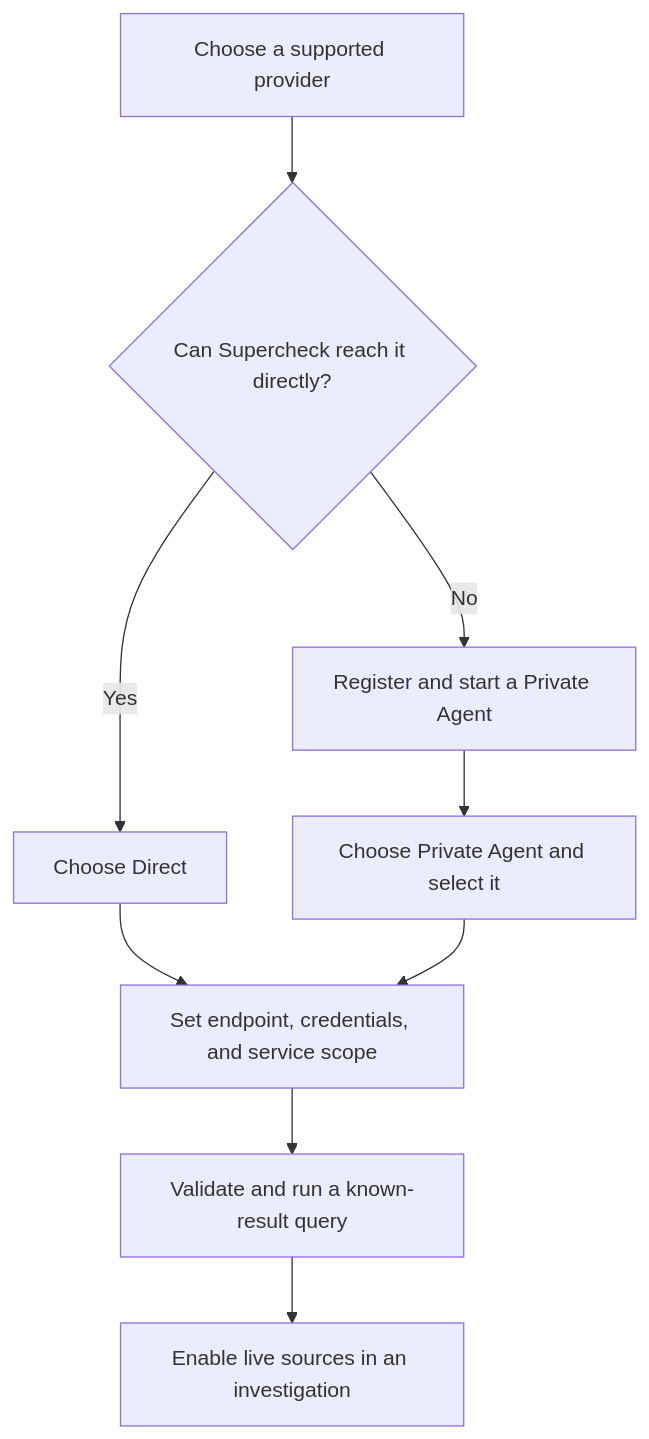
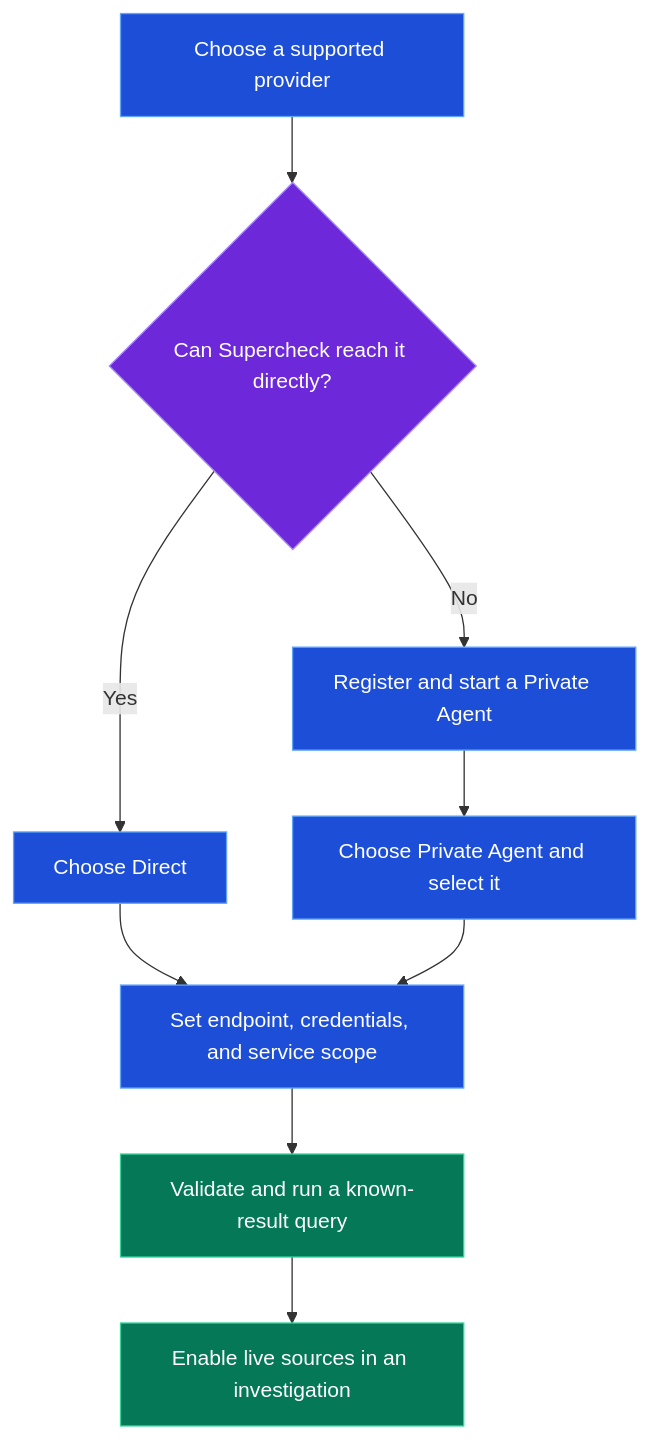
Before and after one commit to supercheck-io/supercheck: the diagram in docs/content/docs/app/investigate/connectors.mdx, drawn with Mermaid. The commit also changed 34 other files, not shown here.

Commit message:
docs: restore architecture and polish user workflows (#337)

````diff
--- a/docs/content/docs/app/investigate/connectors.mdx
+++ b/docs/content/docs/app/investigate/connectors.mdx
@@ -43,11 +43,18 @@
 ```mermaid
 flowchart TB
     Provider[Choose a supported provider] --> Reachable{Can Supercheck reach it directly?}
     Reachable -->|Yes|Direct[Choose Direct]
     Reachable -->|No|Agent[Register and start a Private Agent]
     Agent --> Private[Choose Private Agent and select it]
     Direct --> Configure[Set endpoint, credentials, and service scope]
     Private --> Configure
     Configure --> Validate[Validate and run a known-result query]
     Validate --> Use[Enable live sources in an investigation]
+
+    classDef action fill:#1d4ed8,stroke:#60a5fa,color:#fff
+    classDef choice fill:#6d28d9,stroke:#a78bfa,color:#fff
+    classDef success fill:#047857,stroke:#34d399,color:#fff
+    class Provider,Direct,Agent,Private,Configure action
+    class Reachable choice
+    class Validate,Use success
 ```
````
